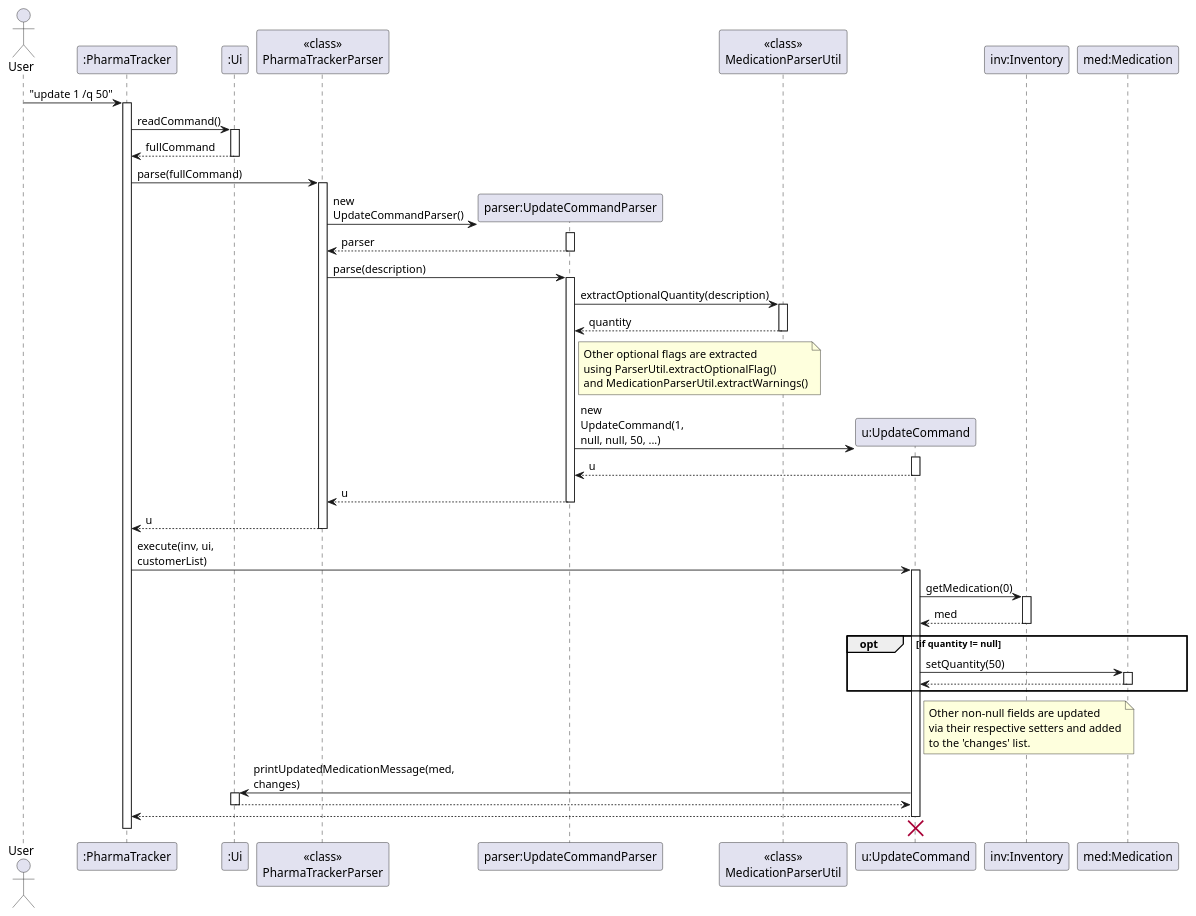
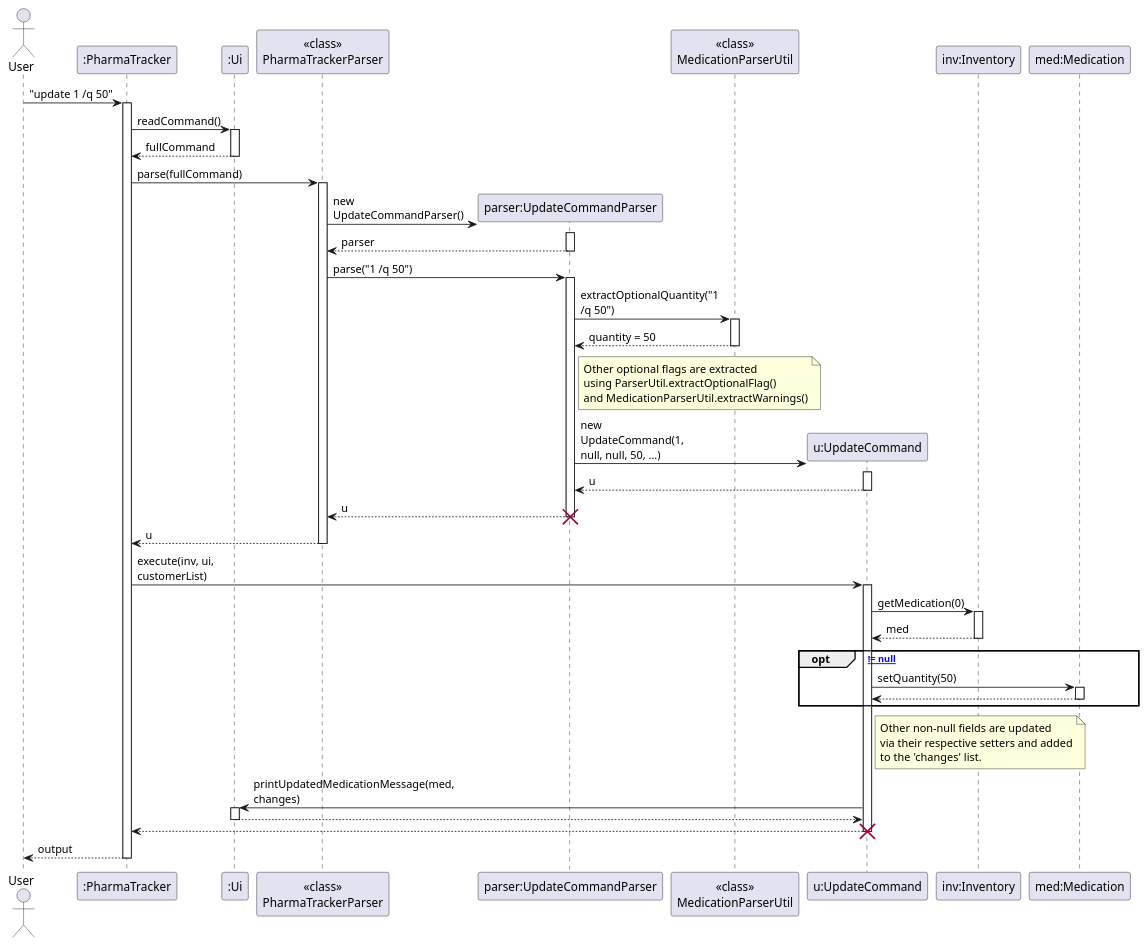
One commit to karthikkathiresh/tp changed the diagram in docs/diagrams/UpdateCommandSequence.puml. Above: the diagram before and after it, drawn with PlantUML. The commit also changed 6 other files, not shown here.

Commit message:
Update DG with DeleteCommand and UpdateCommand sequence diagrams

```diff
--- a/docs/diagrams/UpdateCommandSequence.puml
+++ b/docs/diagrams/UpdateCommandSequence.puml
@@ -1,90 +1,91 @@
 @startuml
 skinparam ArrowFontStyle plain
 skinparam maxMessageSize 100
 
 actor User
 participant ":PharmaTracker" as PharmaTracker
 participant ":Ui" as Ui
 participant "<<class>>\nPharmaTrackerParser" as PTP
 participant "parser:UpdateCommandParser" as UpdateParser
 participant "<<class>>\nMedicationParserUtil" as MedParserUtil
 participant "u:UpdateCommand" as UpdateCommand
 participant "inv:Inventory" as Inventory
 participant "med:Medication" as Medication
 
 User -> PharmaTracker : "update 1 /q 50"
 activate PharmaTracker
 
 PharmaTracker -> Ui : readCommand()
 activate Ui
 Ui --> PharmaTracker : fullCommand
 deactivate Ui
 
 PharmaTracker -> PTP : parse(fullCommand)
 activate PTP
 
 create UpdateParser
 PTP -> UpdateParser : new UpdateCommandParser()
 activate UpdateParser
 UpdateParser --> PTP : parser
 deactivate UpdateParser
 
-PTP -> UpdateParser : parse(description)
+PTP -> UpdateParser : parse("1 /q 50")
 activate UpdateParser
 
-UpdateParser -> MedParserUtil : extractOptionalQuantity(description)
+UpdateParser -> MedParserUtil : extractOptionalQuantity("1 /q 50")
 activate MedParserUtil
-MedParserUtil --> UpdateParser : quantity
+MedParserUtil --> UpdateParser : quantity = 50
 deactivate MedParserUtil
 
 note right of UpdateParser
   Other optional flags are extracted
   using ParserUtil.extractOptionalFlag()
   and MedicationParserUtil.extractWarnings()
 end note
 
 create UpdateCommand
 UpdateParser -> UpdateCommand : new UpdateCommand(1, null, null, 50, ...)
 activate UpdateCommand
 UpdateCommand --> UpdateParser : u
 deactivate UpdateCommand
 
 UpdateParser --> PTP : u
 deactivate UpdateParser
+destroy UpdateParser
 
 PTP --> PharmaTracker : u
 deactivate PTP
 
 PharmaTracker -> UpdateCommand : execute(inv, ui, customerList)
 activate UpdateCommand
 
 UpdateCommand -> Inventory : getMedication(0)
 activate Inventory
 Inventory --> UpdateCommand : med
 deactivate Inventory
 
-opt if quantity != null
+opt [quantity != null]
     UpdateCommand -> Medication : setQuantity(50)
     activate Medication
     Medication --> UpdateCommand
     deactivate Medication
 end
 
 note right of UpdateCommand
   Other non-null fields are updated
   via their respective setters and added
   to the 'changes' list.
 end note
 
 UpdateCommand -> Ui : printUpdatedMedicationMessage(med, changes)
 activate Ui
 Ui --> UpdateCommand
 deactivate Ui
 
 UpdateCommand --> PharmaTracker
 deactivate UpdateCommand
-UpdateCommand -[hidden]-> UpdateParser
 destroy UpdateCommand
 
+PharmaTracker --> User : output
 deactivate PharmaTracker
 @enduml
```
